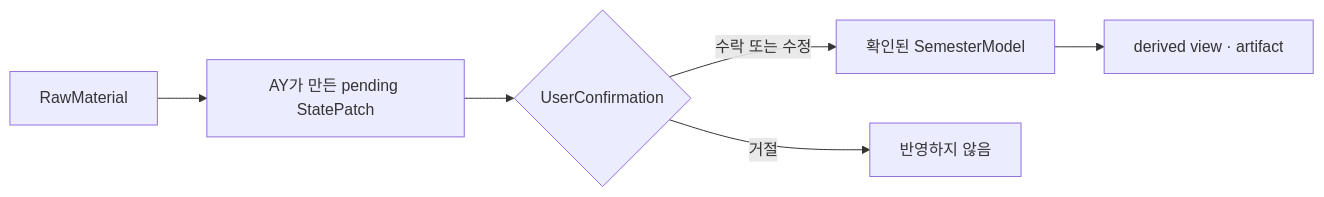
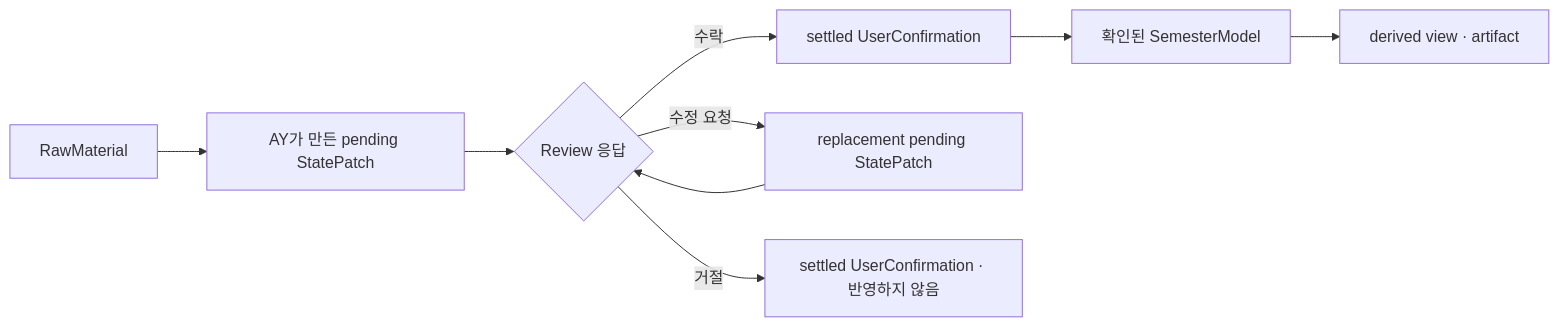
One commit to Mureung1/hub-showcase changed the diagram in docs/product/ay-ple-product-brief.md. Above: the diagram before and after it, drawn with Mermaid. The commit also changed other lines of this file and 6 other files, not shown here.

````diff
--- a/docs/product/ay-ple-product-brief.md
+++ b/docs/product/ay-ple-product-brief.md
@@ -98,8 +98,11 @@
 ```mermaid
 flowchart LR
     A["RawMaterial"] --> B["AY가 만든 pending StatePatch"]
-    B --> C{"UserConfirmation"}
-    C -->|수락 또는 수정| D["확인된 SemesterModel"]
-    C -->|거절| E["반영하지 않음"]
-    D --> F["derived view · artifact"]
+    B --> C{"Review 응답"}
+    C -->|수락| D["settled UserConfirmation"]
+    D --> E["확인된 SemesterModel"]
+    C -->|수정 요청| F["replacement pending StatePatch"]
+    F --> C
+    C -->|거절| G["settled UserConfirmation · 반영하지 않음"]
+    E --> H["derived view · artifact"]
 ```
````
